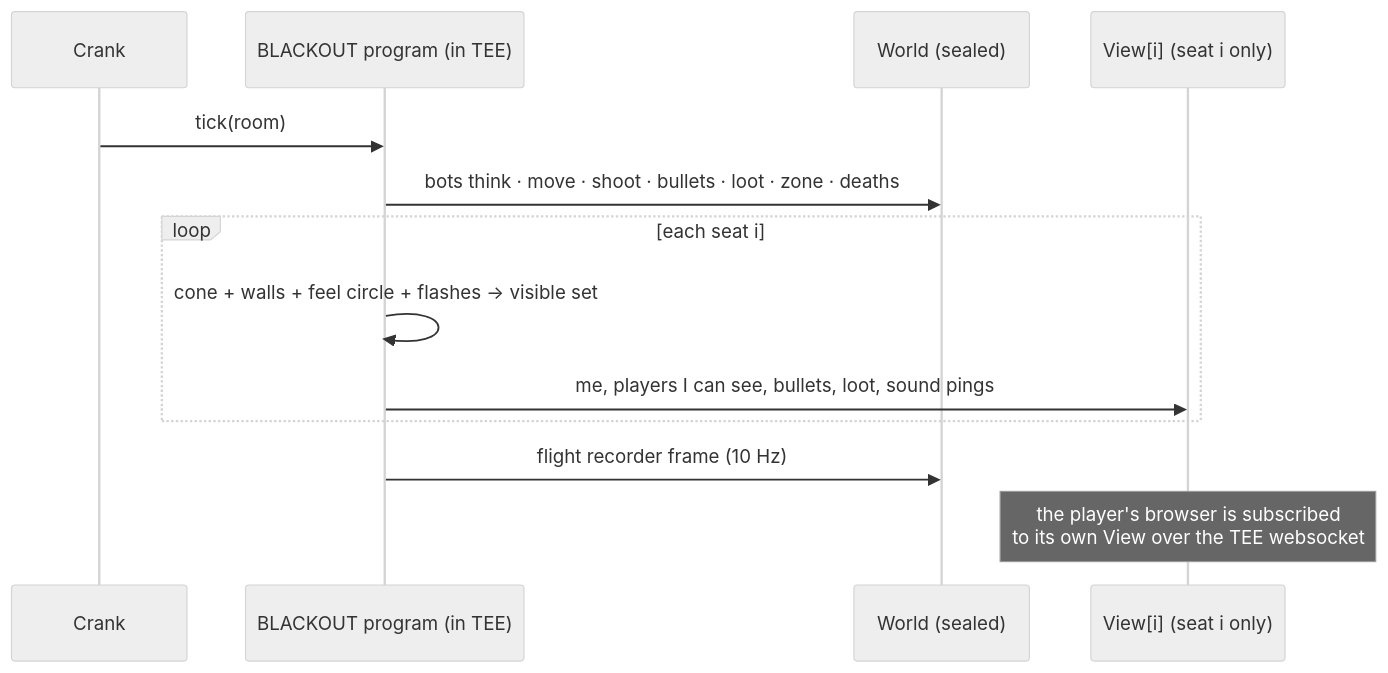
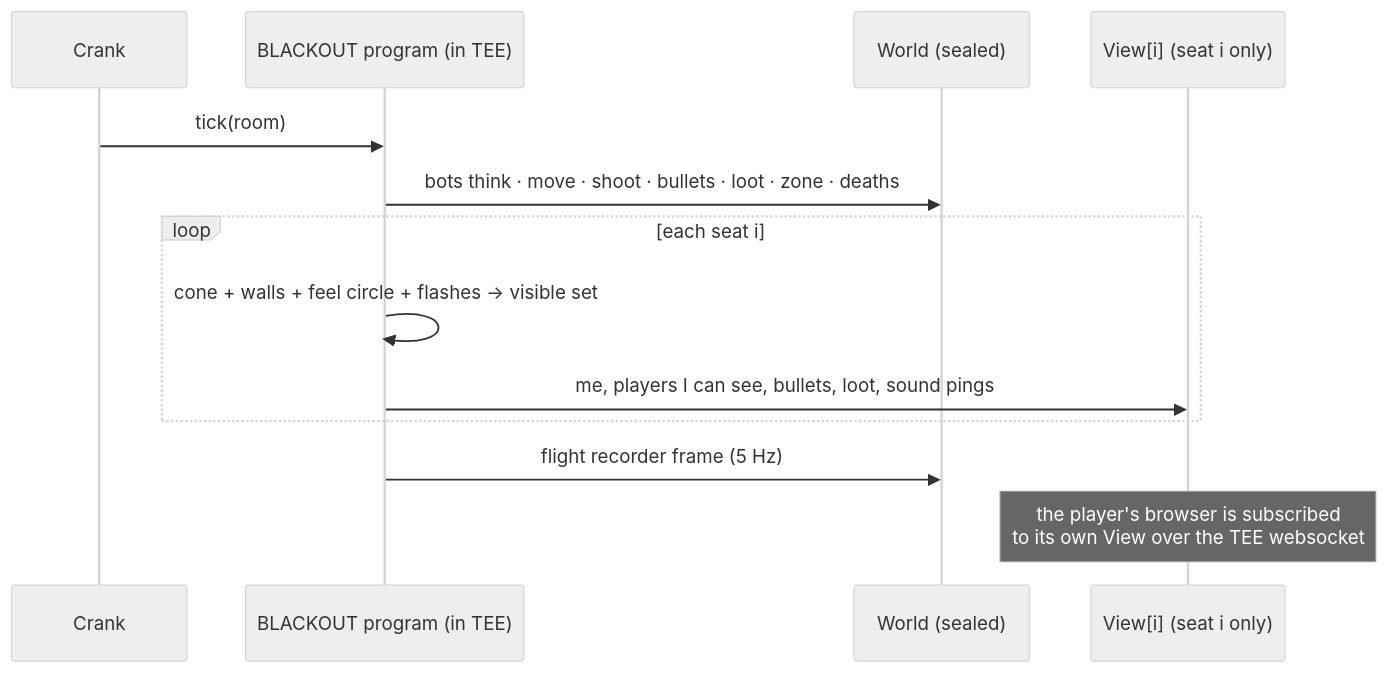
One commit to Anshv784/blackout changed the second of 2 diagrams in README.md. Above: the diagram before and after it, drawn with Mermaid (neutral theme). The commit also changed other lines of this file and 26 other files, not shown here.

````diff
--- a/README.md
+++ b/README.md
@@ -82,15 +82,15 @@
 ```mermaid
 sequenceDiagram
     participant Crank
     participant Program as BLACKOUT program (in TEE)
     participant World as World (sealed)
     participant View as View[i] (seat i only)
     Crank->>Program: tick(room)
     Program->>World: bots think · move · shoot · bullets · loot · zone · deaths
     loop each seat i
       Program->>Program: cone + walls + feel circle + flashes → visible set
       Program->>View: me, players I can see, bullets, loot, sound pings
     end
-    Program->>World: flight recorder frame (10 Hz)
+    Program->>World: flight recorder frame (5 Hz)
     Note over View: the player's browser is subscribed<br/>to its own View over the TEE websocket
 ```
````
